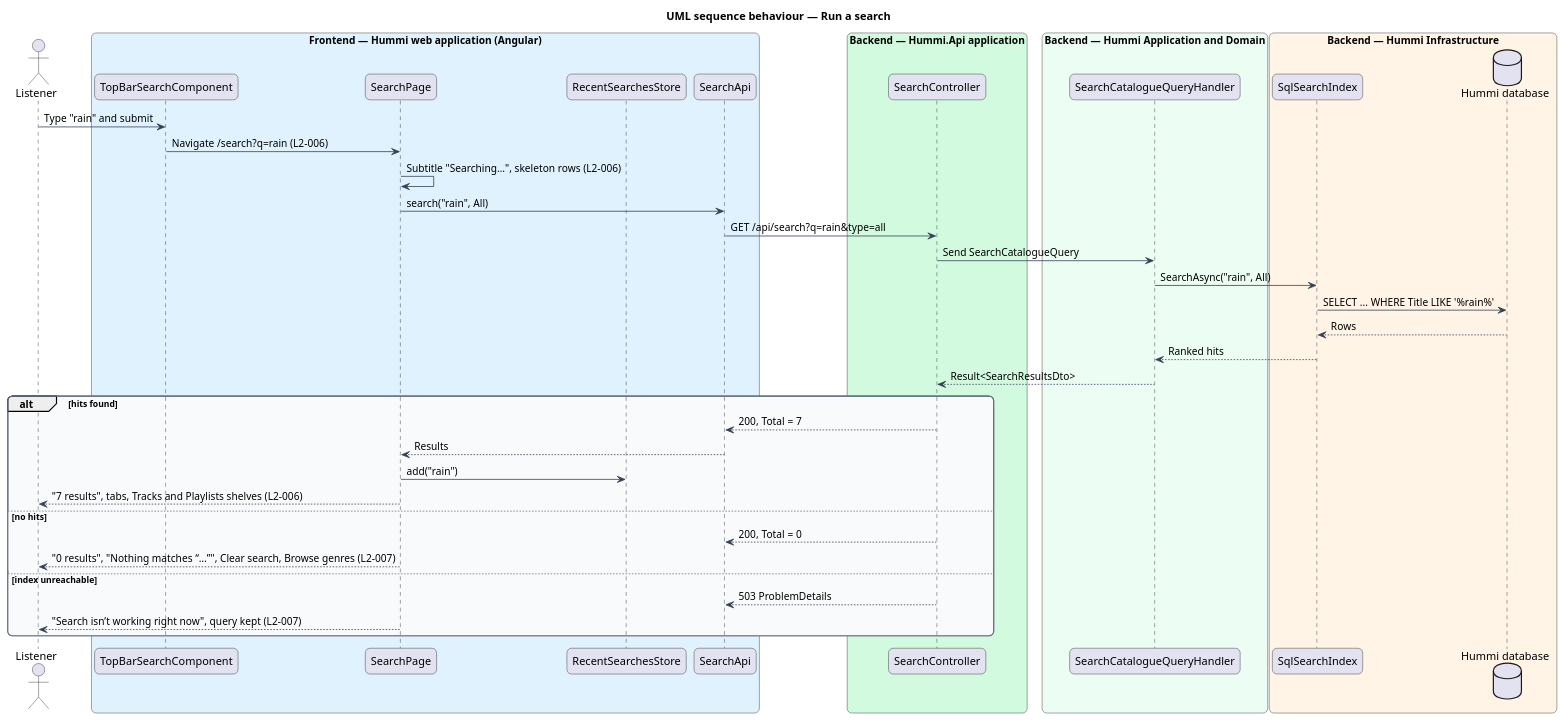
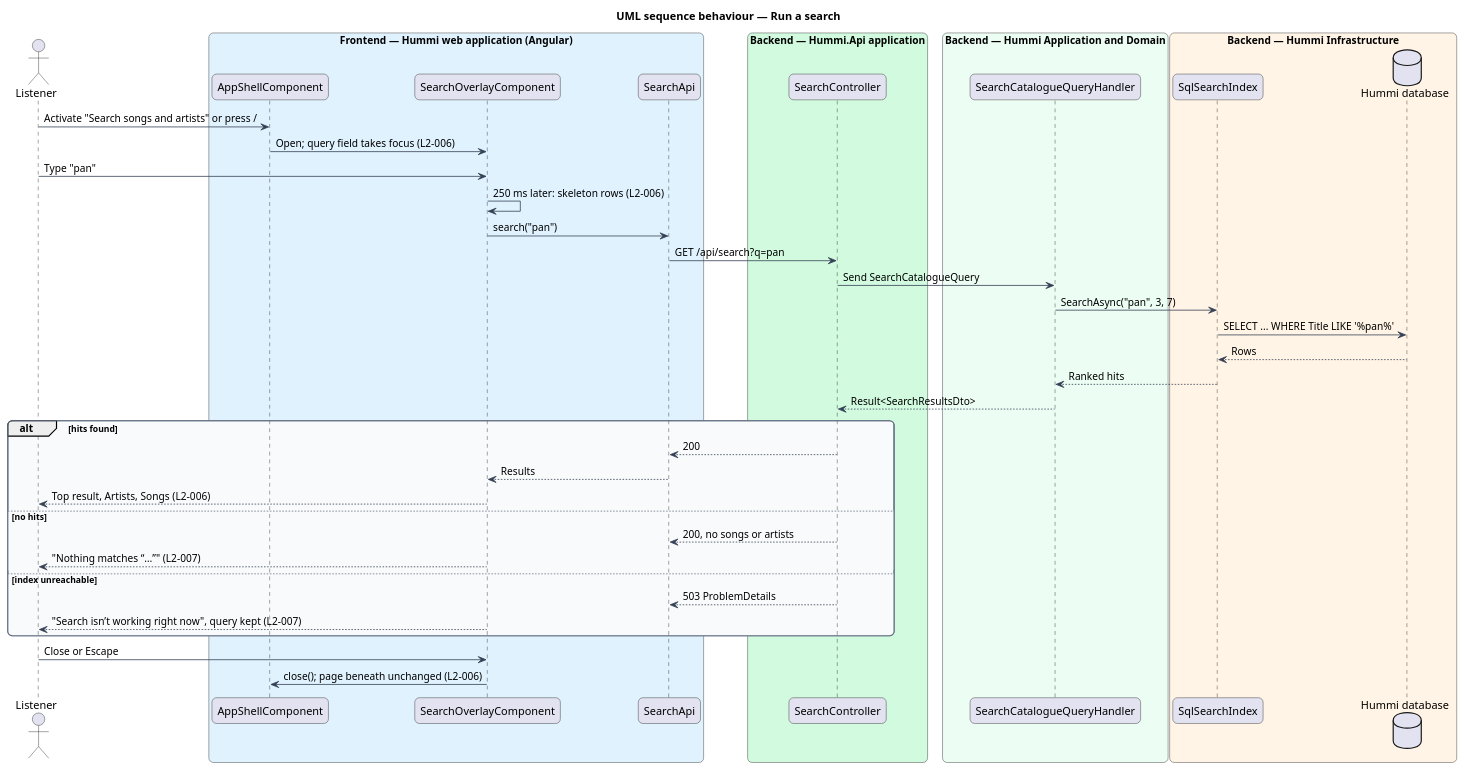
The diagram in docs/detailed-designs/search/search-catalogue/diagrams/sequence-search.puml (QuinntyneBrown/hummi), drawn with PlantUML before and after one commit. The commit also changed 122 other files, not shown here.

First line of the commit message:
Search the catalogue: header search overlay over songs and artists

```diff
--- a/docs/detailed-designs/search/search-catalogue/diagrams/sequence-search.puml
+++ b/docs/detailed-designs/search/search-catalogue/diagrams/sequence-search.puml
@@ -1,57 +1,58 @@
 @startuml
 title UML sequence behaviour — Run a search
 skinparam backgroundColor #FFFFFF
 skinparam shadowing false
 skinparam roundcorner 12
 skinparam defaultFontName Arial
 skinparam ArrowColor #344054
 skinparam rectangle {
   BorderColor #344054
   FontColor #101828
 }
 skinparam package {
   BorderColor #667085
   FontColor #101828
   BackgroundColor #F9FAFB
 }
 actor "Listener" as u
 box "Frontend — Hummi web application (Angular)" #E0F2FE
-  participant "TopBarSearchComponent" as field
-  participant "SearchPage" as page
-  participant "RecentSearchesStore" as recent
+  participant "AppShellComponent" as shell
+  participant "SearchOverlayComponent" as overlay
   participant "SearchApi" as client
 end box
 box "Backend — Hummi.Api application" #D1FADF
   participant "SearchController" as ctl
 end box
 box "Backend — Hummi Application and Domain" #ECFDF3
   participant "SearchCatalogueQueryHandler" as q
 end box
 box "Backend — Hummi Infrastructure" #FFF4E5
   participant "SqlSearchIndex" as idx
   database "Hummi database" as db
 end box
-u -> field : Type "rain" and submit
-field -> page : Navigate /search?q=rain (L2-006)
-page -> page : Subtitle "Searching…", skeleton rows (L2-006)
-page -> client : search("rain", All)
-client -> ctl : GET /api/search?q=rain&type=all
+u -> shell : Activate "Search songs and artists" or press /
+shell -> overlay : Open; query field takes focus (L2-006)
+u -> overlay : Type "pan"
+overlay -> overlay : 250 ms later: skeleton rows (L2-006)
+overlay -> client : search("pan")
+client -> ctl : GET /api/search?q=pan
 ctl -> q : Send SearchCatalogueQuery
-q -> idx : SearchAsync("rain", All)
-idx -> db : SELECT ... WHERE Title LIKE '%rain%'
+q -> idx : SearchAsync("pan", 3, 7)
+idx -> db : SELECT ... WHERE Title LIKE '%pan%'
 db --> idx : Rows
 idx --> q : Ranked hits
 q --> ctl : Result<SearchResultsDto>
 alt hits found
-  ctl --> client : 200, Total = 7
-  client --> page : Results
-  page -> recent : add("rain")
-  page --> u : "7 results", tabs, Tracks and Playlists shelves (L2-006)
+  ctl --> client : 200
+  client --> overlay : Results
+  overlay --> u : Top result, Artists, Songs (L2-006)
 else no hits
-  ctl --> client : 200, Total = 0
-  page --> u : "0 results", "Nothing matches “…”", Clear search, Browse genres (L2-007)
+  ctl --> client : 200, no songs or artists
+  overlay --> u : "Nothing matches “…”" (L2-007)
 else index unreachable
   ctl --> client : 503 ProblemDetails
-  page --> u : "Search isn’t working right now", query kept (L2-007)
+  overlay --> u : "Search isn’t working right now", query kept (L2-007)
 end
+u -> overlay : Close or Escape
+overlay -> shell : close(); page beneath unchanged (L2-006)
 @enduml
```
